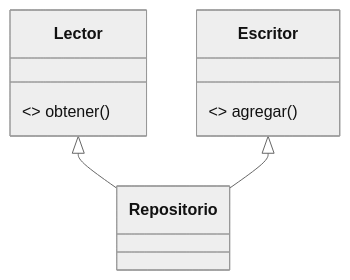
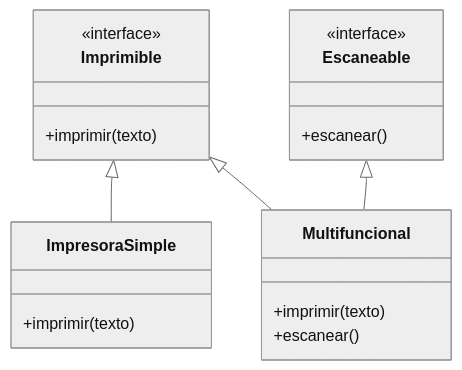
One commit to BenjaminGhiggo/aprendiendo-ddd-con-python-y-fastapi changed the second of 2 diagrams in lecciones/16-isp/README.md. Above: the diagram before and after it, drawn with Mermaid (neutral theme). The commit also changed other lines of this file and 21 other files, not shown here.

````diff
--- a/lecciones/16-isp/README.md
+++ b/lecciones/16-isp/README.md
@@ -33,7 +338,21 @@
 ```mermaid
 classDiagram
-    Lector <|-- Repositorio
-    Escritor <|-- Repositorio
-    class Lector { <<interface>> obtener() }
-    class Escritor { <<interface>> agregar() }
+    class Imprimible {
+      <<interface>>
+      +imprimir(texto)
+    }
+    class Escaneable {
+      <<interface>>
+      +escanear()
+    }
+    class ImpresoraSimple {
+      +imprimir(texto)
+    }
+    class Multifuncional {
+      +imprimir(texto)
+      +escanear()
+    }
+    Imprimible <|-- ImpresoraSimple
+    Imprimible <|-- Multifuncional
+    Escaneable <|-- Multifuncional
 ```
````
